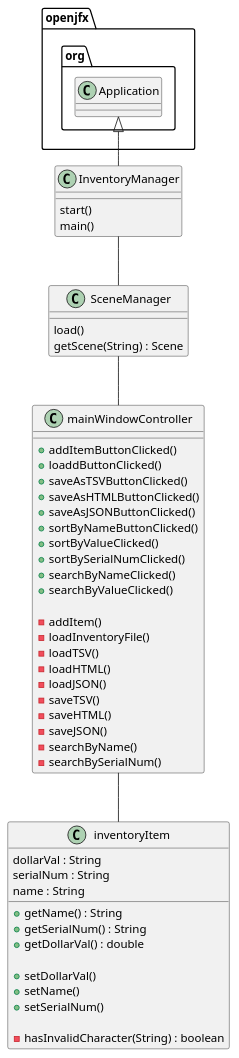
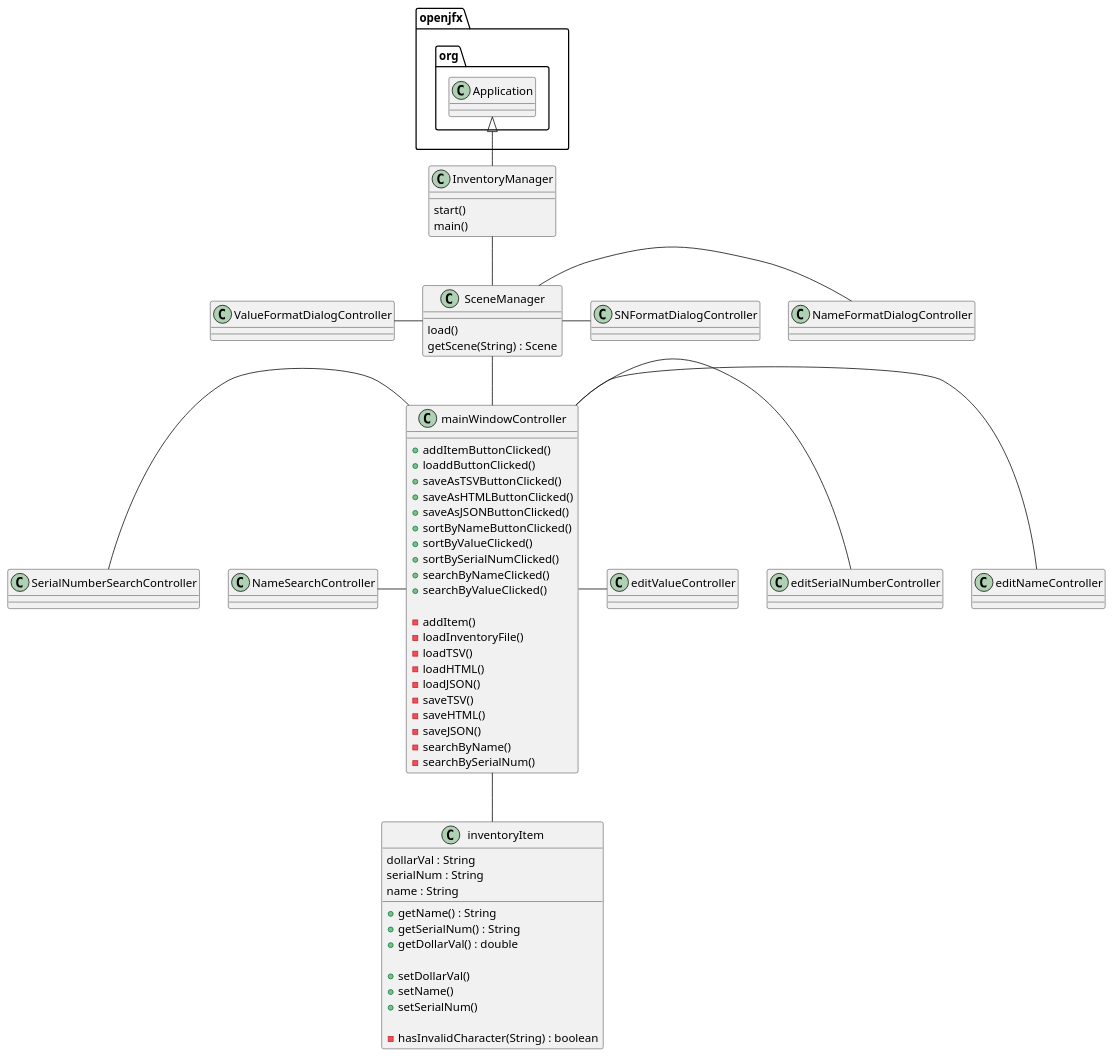
Before and after one commit to jasonsaini/Inventory-Manager: the diagram in uml/inventoryManager.puml, drawn with PlantUML. The commit also changed 5 other files, not shown here.

Commit message:
Added all controllers to UML diagram

```diff
--- a/uml/inventoryManager.puml
+++ b/uml/inventoryManager.puml
@@ -1,61 +1,75 @@
 @startuml
 class InventoryManager
 {
     start()
     main()
 }
 
 class mainWindowController
 {
     + addItemButtonClicked()
     + loaddButtonClicked()
     + saveAsTSVButtonClicked()
     + saveAsHTMLButtonClicked()
     + saveAsJSONButtonClicked()
     + sortByNameButtonClicked()
     + sortByValueClicked()
     + sortBySerialNumClicked()
     + searchByNameClicked()
     + searchByValueClicked()
 
     - addItem()
     - loadInventoryFile()
     - loadTSV()
     - loadHTML()
     - loadJSON()
     - saveTSV()
     - saveHTML()
     - saveJSON()
     - searchByName()
     - searchBySerialNum()
 }
 
 class inventoryItem
 {
     dollarVal : String
     serialNum : String
     name : String
 
     + getName() : String
     + getSerialNum() : String
     + getDollarVal() : double
 
     + setDollarVal()
     + setName()
     + setSerialNum()
 
     - hasInvalidCharacter(String) : boolean
 }
 
 class SceneManager
 {
     load()
     getScene(String) : Scene
 }
 
 
 openjfx.org.Application <|-- InventoryManager
 InventoryManager -- SceneManager
 SceneManager -- mainWindowController
+
+SceneManager - NameFormatDialogController
+SceneManager - SNFormatDialogController
+ValueFormatDialogController - SceneManager
+
+
+mainWindowController - editNameController
+mainWindowController - editSerialNumberController
+mainWindowController - editValueController
+
+SerialNumberSearchController - mainWindowController
+NameSearchController = mainWindowController
+
 mainWindowController -- inventoryItem
+
 @enduml
```
